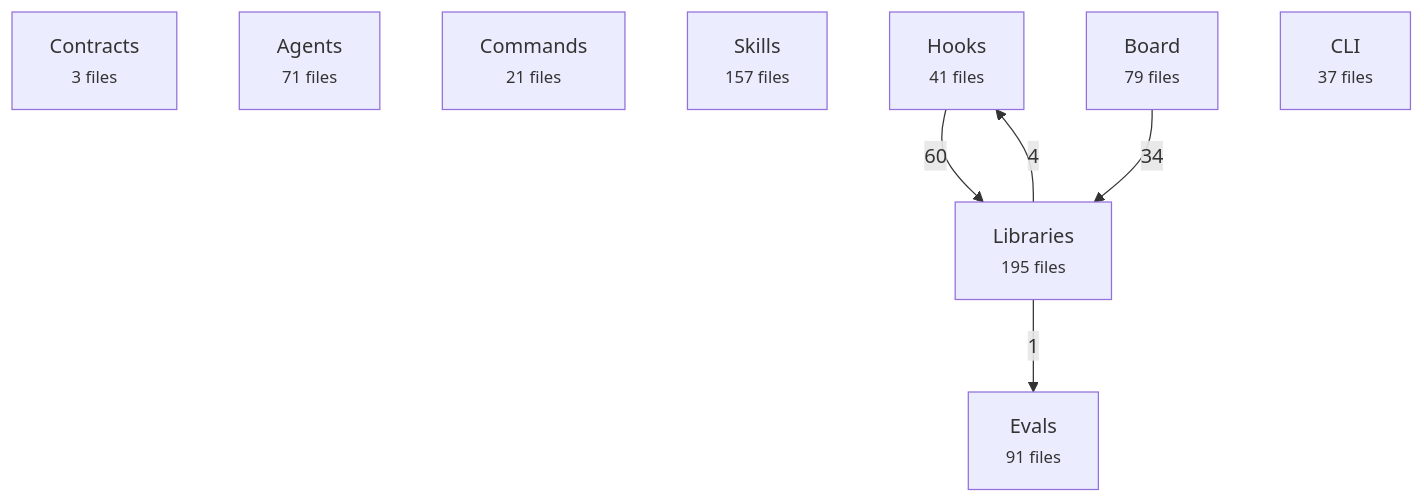
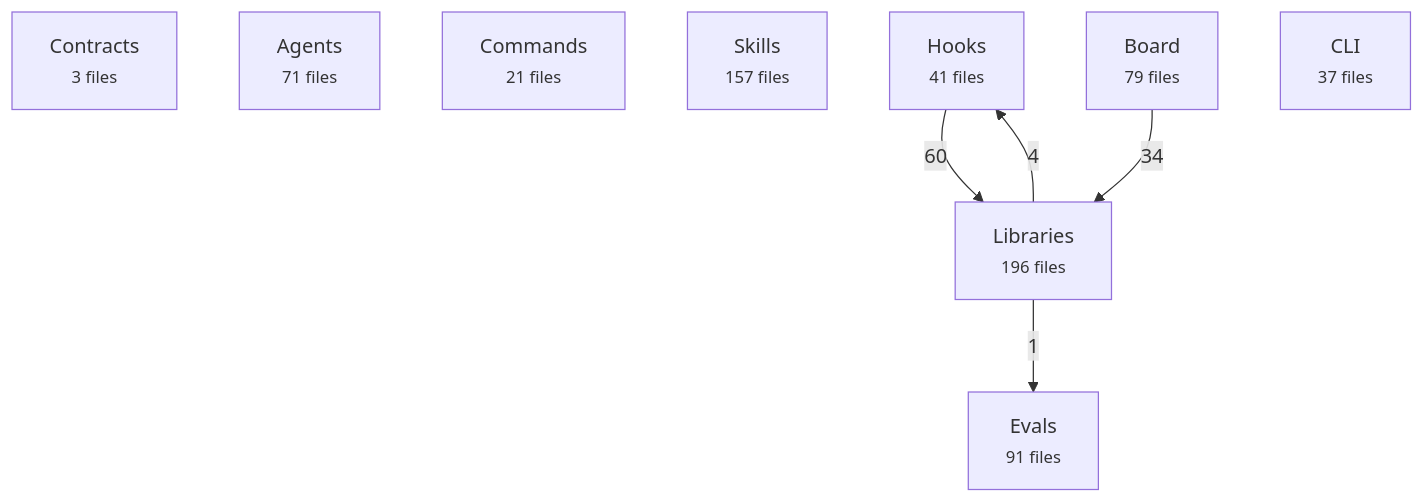
Before and after one commit to avelikiy/great_cto: the first of 2 diagrams in docs/reference/architecture-map.md, drawn with Mermaid. The commit also changed other lines of this file and 6 other files, not shown here.

````diff
--- a/docs/reference/architecture-map.md
+++ b/docs/reference/architecture-map.md
@@ -20,16 +20,16 @@
 ```mermaid
 flowchart TD
   contracts["Contracts<br/><small>3 files</small>"]
   agents["Agents<br/><small>71 files</small>"]
   commands["Commands<br/><small>21 files</small>"]
   skills["Skills<br/><small>157 files</small>"]
   hooks["Hooks<br/><small>41 files</small>"]
-  libs["Libraries<br/><small>195 files</small>"]
+  libs["Libraries<br/><small>196 files</small>"]
   board["Board<br/><small>79 files</small>"]
   cli["CLI<br/><small>37 files</small>"]
   evals["Evals<br/><small>91 files</small>"]
   hooks -->|60| libs
   board -->|34| libs
   libs -->|4| hooks
   libs -->|1| evals
 ```
````
